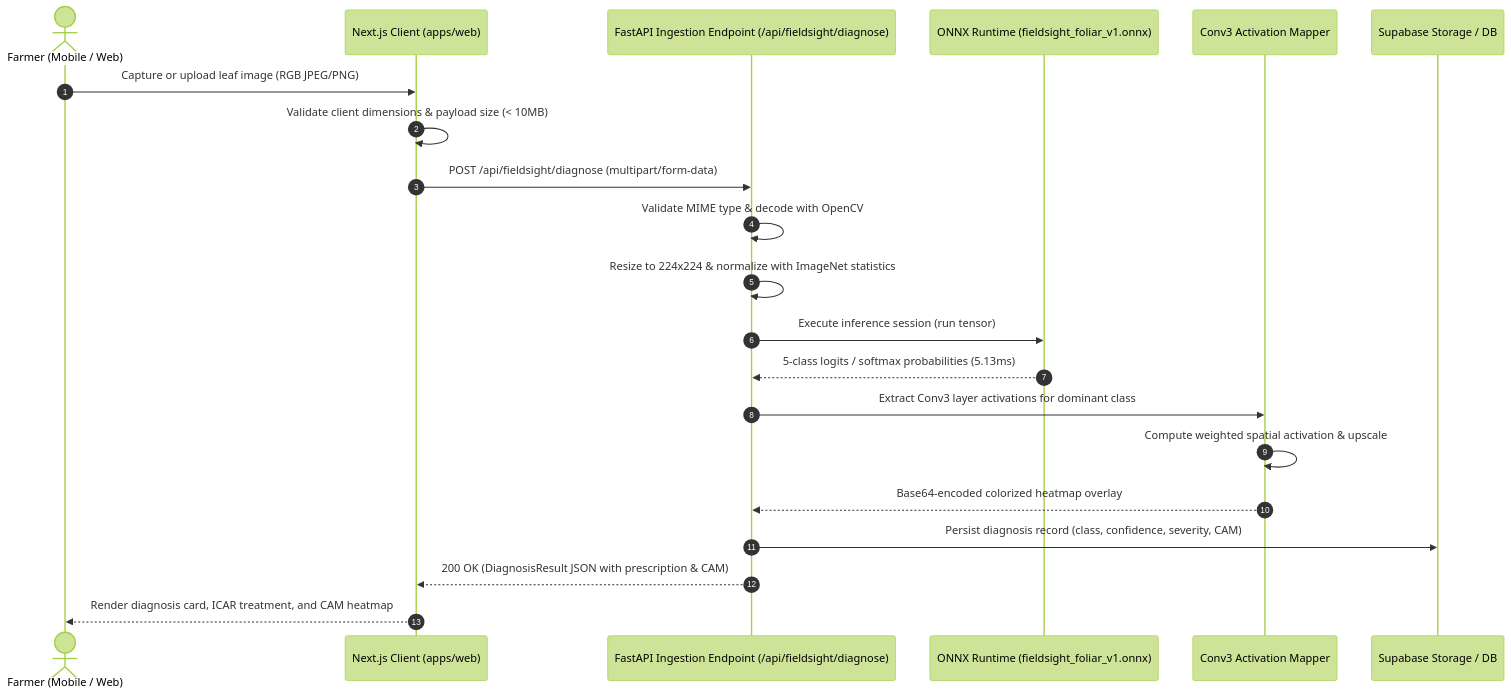
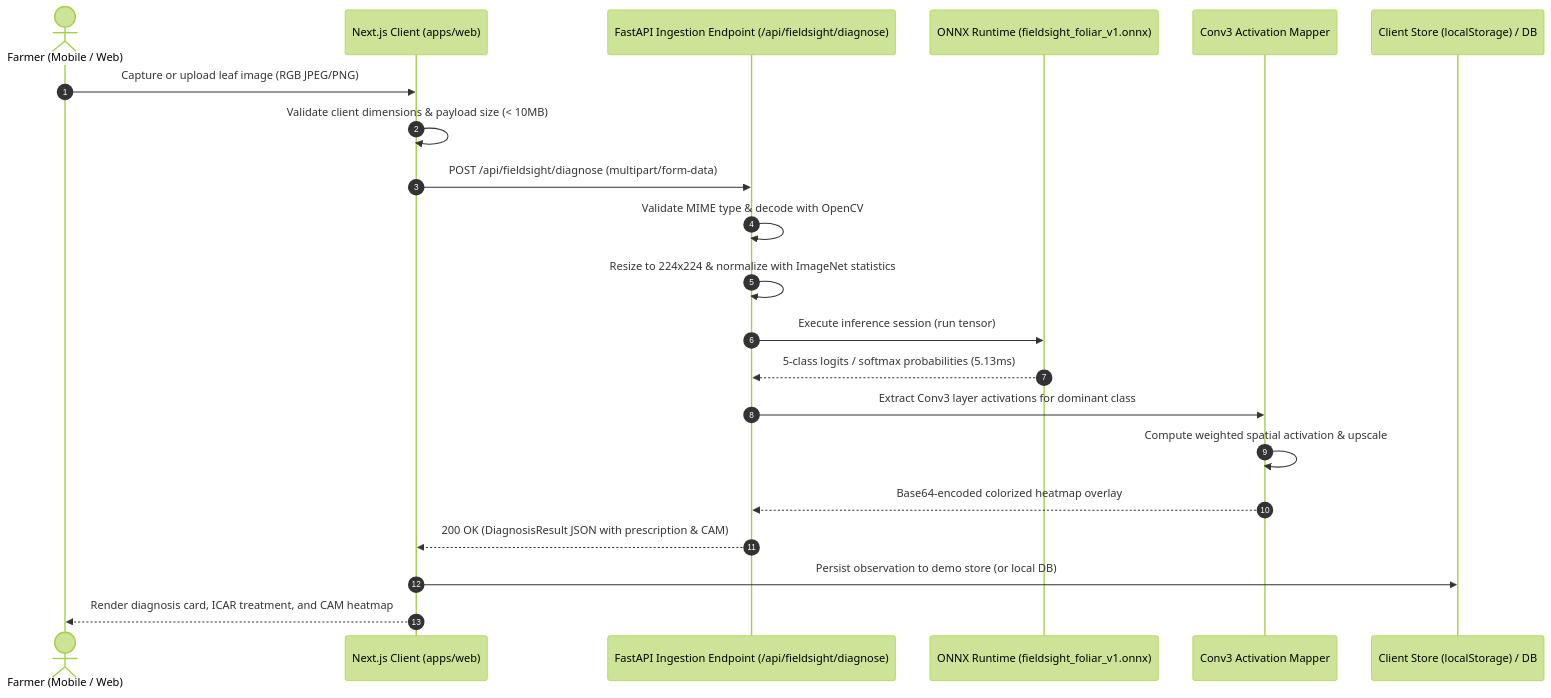
One commit to TanishBane/Nexfield changed the second of 6 diagrams in README.md. Above: the diagram before and after it, drawn with Mermaid (forest theme). The commit also changed other lines of this file and 30 other files, not shown here.

Commit message:
fix(demo): complete Supabase removal, eliminate auth backdoors, fix CORS, and wire client persistence

````diff
--- a/README.md
+++ b/README.md
@@ -322,24 +322,24 @@
 ```mermaid
 sequenceDiagram
     autonumber
     actor Farmer as Farmer (Mobile / Web)
     participant Client as Next.js Client (apps/web)
     participant API as FastAPI Ingestion Endpoint (/api/fieldsight/diagnose)
     participant ONNX as ONNX Runtime (fieldsight_foliar_v1.onnx)
     participant CAM as Conv3 Activation Mapper
-    participant Storage as Supabase Storage / DB
+    participant Storage as Client Store (localStorage) / DB
 
     Farmer->>Client: Capture or upload leaf image (RGB JPEG/PNG)
     Client->>Client: Validate client dimensions & payload size (< 10MB)
     Client->>API: POST /api/fieldsight/diagnose (multipart/form-data)
     API->>API: Validate MIME type & decode with OpenCV
     API->>API: Resize to 224x224 & normalize with ImageNet statistics
     API->>ONNX: Execute inference session (run tensor)
     ONNX-->>API: 5-class logits / softmax probabilities (5.13ms)
     API->>CAM: Extract Conv3 layer activations for dominant class
     CAM->>CAM: Compute weighted spatial activation & upscale
     CAM-->>API: Base64-encoded colorized heatmap overlay
-    API->>Storage: Persist diagnosis record (class, confidence, severity, CAM)
     API-->>Client: 200 OK (DiagnosisResult JSON with prescription & CAM)
+    Client->>Storage: Persist observation to demo store (or local DB)
     Client-->>Farmer: Render diagnosis card, ICAR treatment, and CAM heatmap
 ```
````
